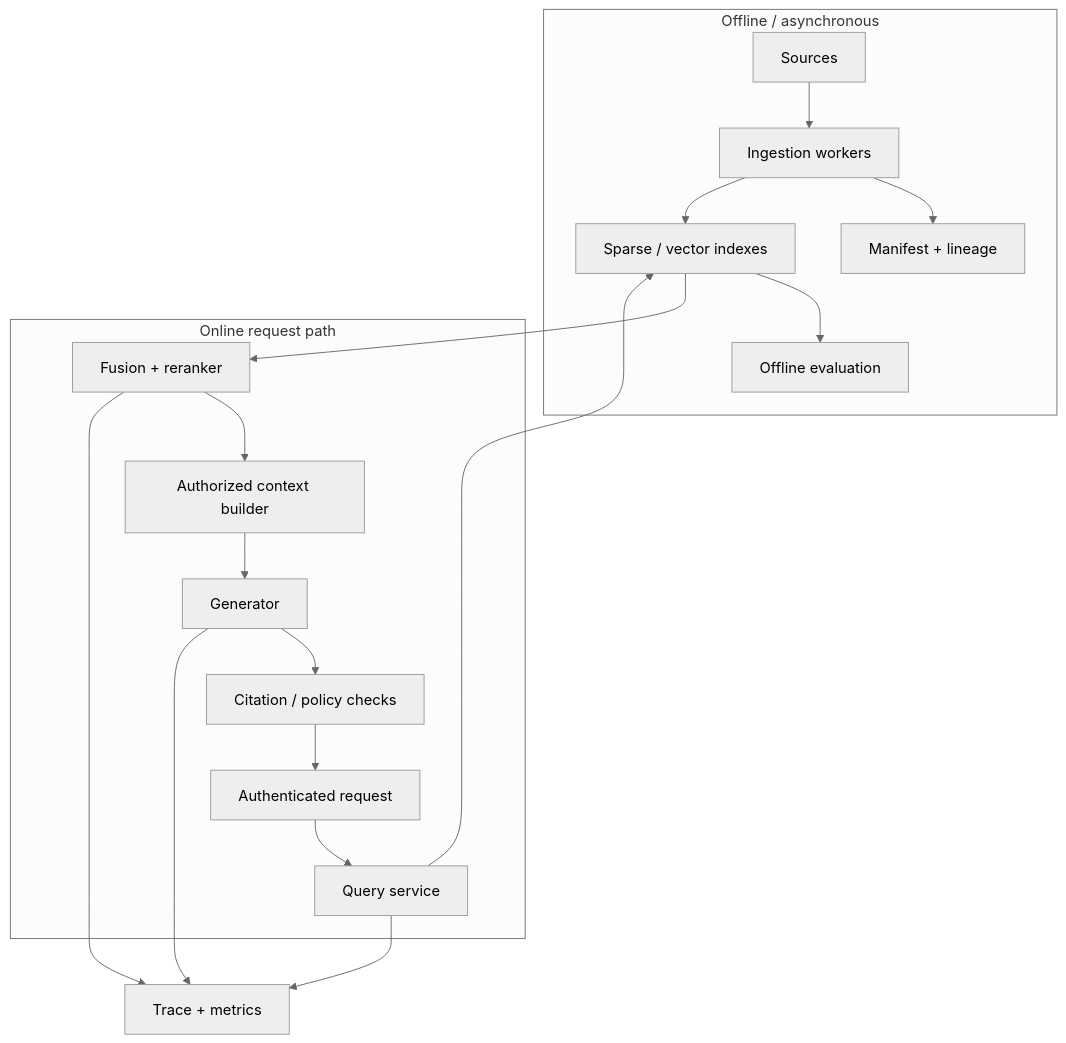
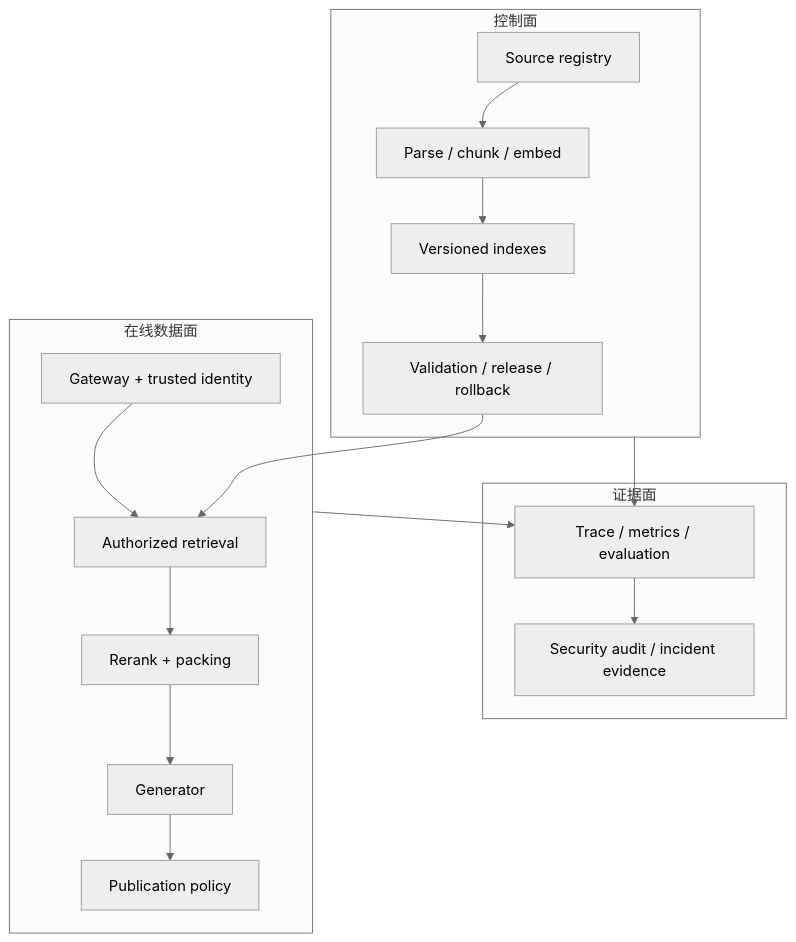
One commit to NightLemon/about-llm changed the diagram in docs/applications/rag-production.md. Above: the diagram before and after it, drawn with Mermaid (neutral theme). The commit also changed other lines of this file and 19 other files, not shown here.

````diff
--- a/docs/applications/rag-production.md
+++ b/docs/applications/rag-production.md
@@ -20,21 +23,22 @@
 ```mermaid
 flowchart TB
-    subgraph Offline["Offline / asynchronous"]
-      S["Sources"] --> I["Ingestion workers"]
-      I --> M["Manifest + lineage"]
-      I --> X["Sparse / vector indexes"]
-      X --> V["Offline evaluation"]
-    end
-    subgraph Online["Online request path"]
-      U["Authenticated request"] --> Q["Query service"]
-      Q --> X
-      X --> R["Fusion + reranker"]
-      R --> C["Authorized context builder"]
-      C --> G["Generator"]
-      G --> A["Citation / policy checks"]
-      A --> U
-    end
-    Q --> T["Trace + metrics"]
-    R --> T
-    G --> T
+  subgraph CP["控制面"]
+    SRC["Source registry"] --> ING["Parse / chunk / embed"]
+    ING --> IDX["Versioned indexes"]
+    IDX --> REL["Validation / release / rollback"]
+  end
+  subgraph DP["在线数据面"]
+    API["Gateway + trusted identity"] --> RET["Authorized retrieval"]
+    RET --> RR["Rerank + packing"]
+    RR --> GEN["Generator"]
+    GEN --> PUB["Publication policy"]
+  end
+  subgraph EP["证据面"]
+    TRACE["Trace / metrics / evaluation"]
+    AUDIT["Security audit / incident evidence"]
+  end
+  REL --> RET
+  DP --> TRACE
+  CP --> TRACE
+  TRACE --> AUDIT
 ```
````
